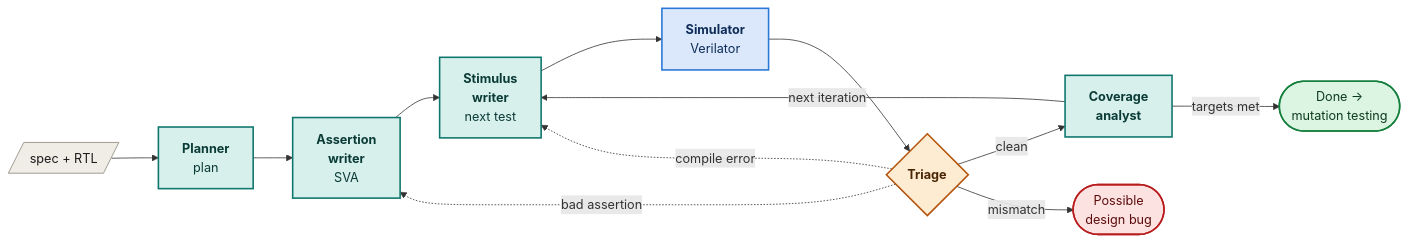
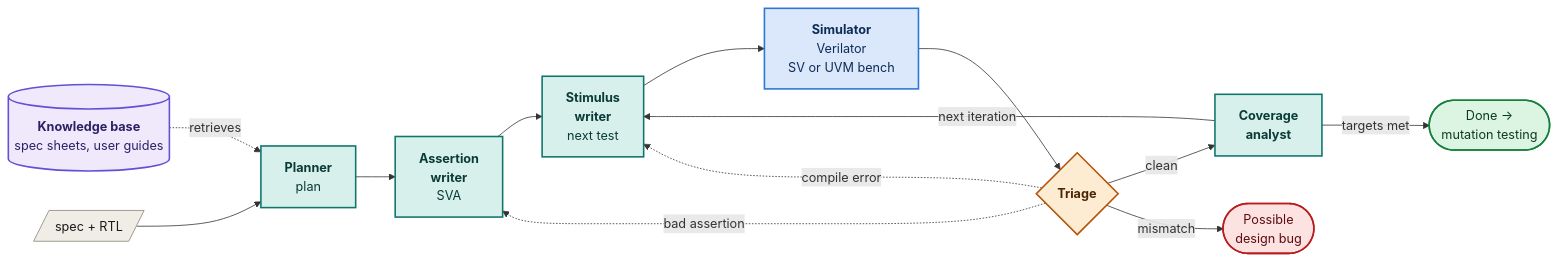
Before and after one commit to Henil-08/rtl-coverage-agents: the diagram in README.md, drawn with Mermaid. The commit also changed other lines of this file and 2 other files, not shown here.

First line of the commit message:
Document UVM benches, the knowledge base, waveforms and the report

````diff
--- a/README.md
+++ b/README.md
@@ -49,21 +97,23 @@
 ```mermaid
 flowchart LR
-    SPEC[/"spec + RTL"/]:::input --> PLAN["<b>Planner</b><br/>plan"]:::llm
+    KB[("<b>Knowledge base</b><br/>spec sheets, user guides")]:::kb -. "retrieves" .-> PLAN["<b>Planner</b><br/>plan"]:::llm
+    SPEC[/"spec + RTL"/]:::input --> PLAN
     PLAN --> ASSERT["<b>Assertion<br/>writer</b><br/>SVA"]:::llm
     ASSERT --> STIM["<b>Stimulus<br/>writer</b><br/>next test"]:::llm
-    STIM --> SIM["<b>Simulator</b><br/>Verilator"]:::tool
+    STIM --> SIM["<b>Simulator</b><br/>Verilator<br/>SV or UVM bench"]:::tool
     SIM --> TRI{"<b>Triage</b>"}:::rule
     TRI -- clean --> AN["<b>Coverage<br/>analyst</b>"]:::llm
     AN -- "next iteration" --> STIM
     AN -- "targets met" --> DONE(["Done →<br/>mutation testing"]):::done
     TRI -. "compile error" .-> STIM
     TRI -. "bad assertion" .-> ASSERT
     TRI -- mismatch --> BUG(["Possible<br/>design bug"]):::bad
 
     classDef input fill:#efede6,stroke:#8a867b,color:#1c1b19
+    classDef kb fill:#efe9fb,stroke:#6250d6,stroke-width:2px,color:#2b2266
     classDef llm fill:#d7f0ec,stroke:#0f766e,stroke-width:2px,color:#0b3b37
     classDef tool fill:#dbe8fb,stroke:#2a78d6,stroke-width:2px,color:#0d2c57
     classDef rule fill:#fdecd2,stroke:#b45309,stroke-width:2px,color:#4a2604
     classDef done fill:#dcf5e3,stroke:#15803d,stroke-width:2px,color:#0d3b1d
     classDef bad fill:#fde2e2,stroke:#b91c1c,stroke-width:2px,color:#5c0d0d
 ```
````
